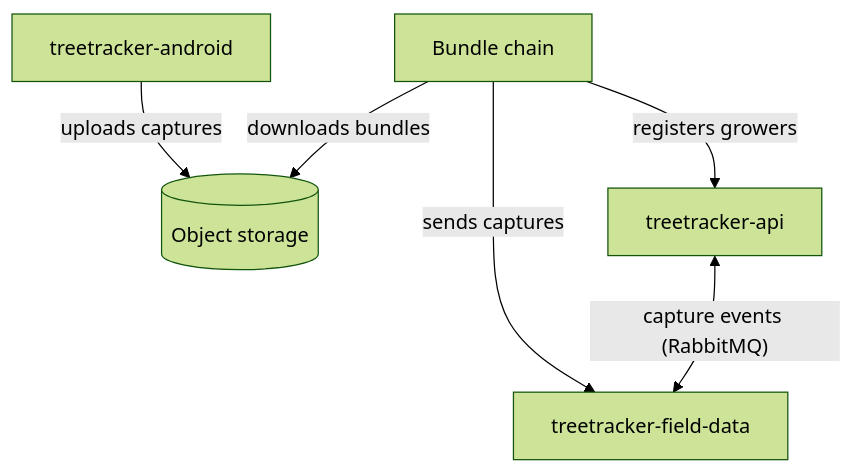
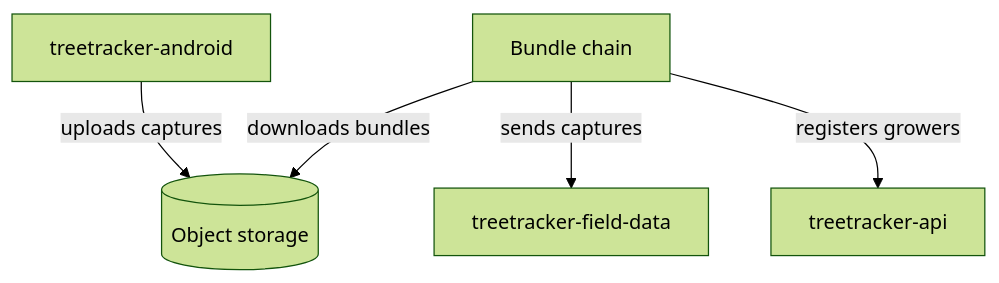
The first of 6 diagrams in ARCHITECTURE.md (arnoldcastro5000/understand-greenstand), drawn with Mermaid (forest theme) before and after one commit. The commit also changed other lines of this file and 11 other files, not shown here.

First line of the commit message:
Regenerate treetracker-field-data at 8ffb53c

````diff
--- a/ARCHITECTURE.md
+++ b/ARCHITECTURE.md
@@ -28,13 +27,12 @@
 ```mermaid
 flowchart TB
   n_treetracker_android["treetracker-android"]
   n_storage[("Object storage")]
   n_bundles["Bundle chain"]
   n_treetracker_field_data["treetracker-field-data"]
   n_treetracker_api["treetracker-api"]
   n_treetracker_android -->|"uploads captures"| n_storage
   n_bundles -->|"downloads bundles"| n_storage
   n_bundles -->|"sends captures"| n_treetracker_field_data
   n_bundles -->|"registers growers"| n_treetracker_api
-  n_treetracker_api <-->|"capture events (RabbitMQ)"| n_treetracker_field_data
 ```
````
